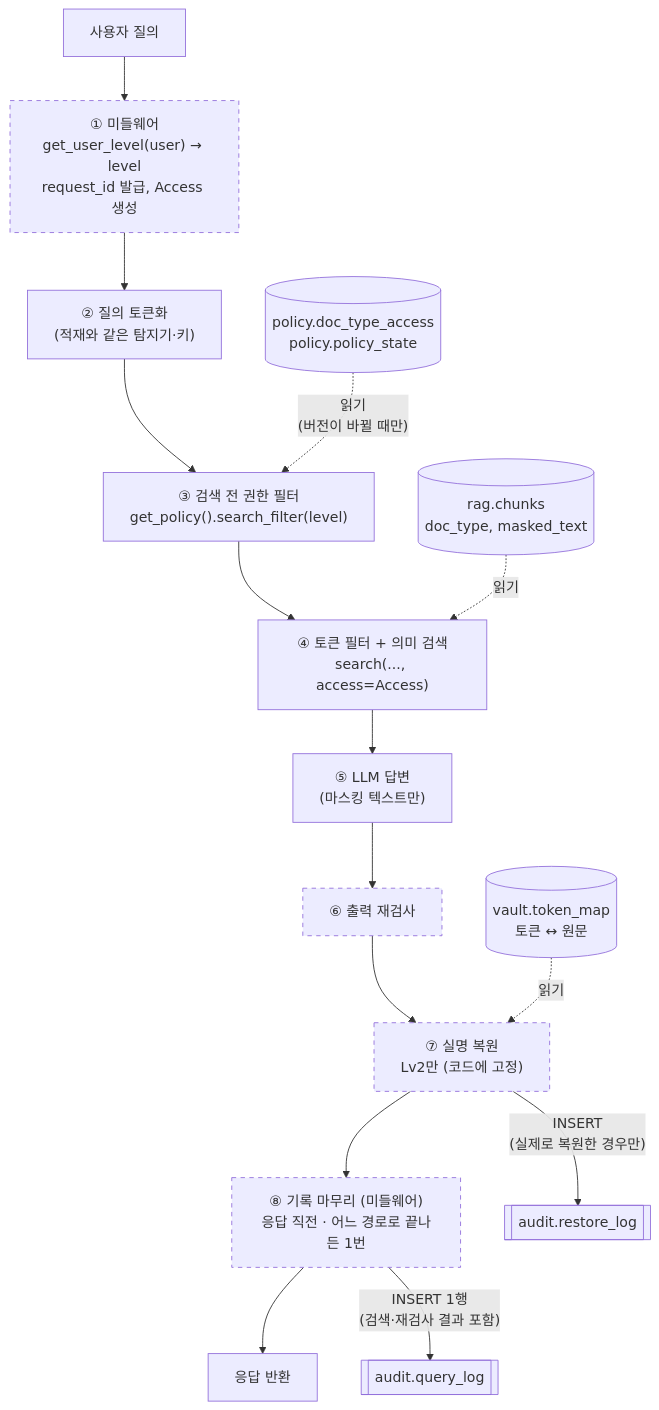
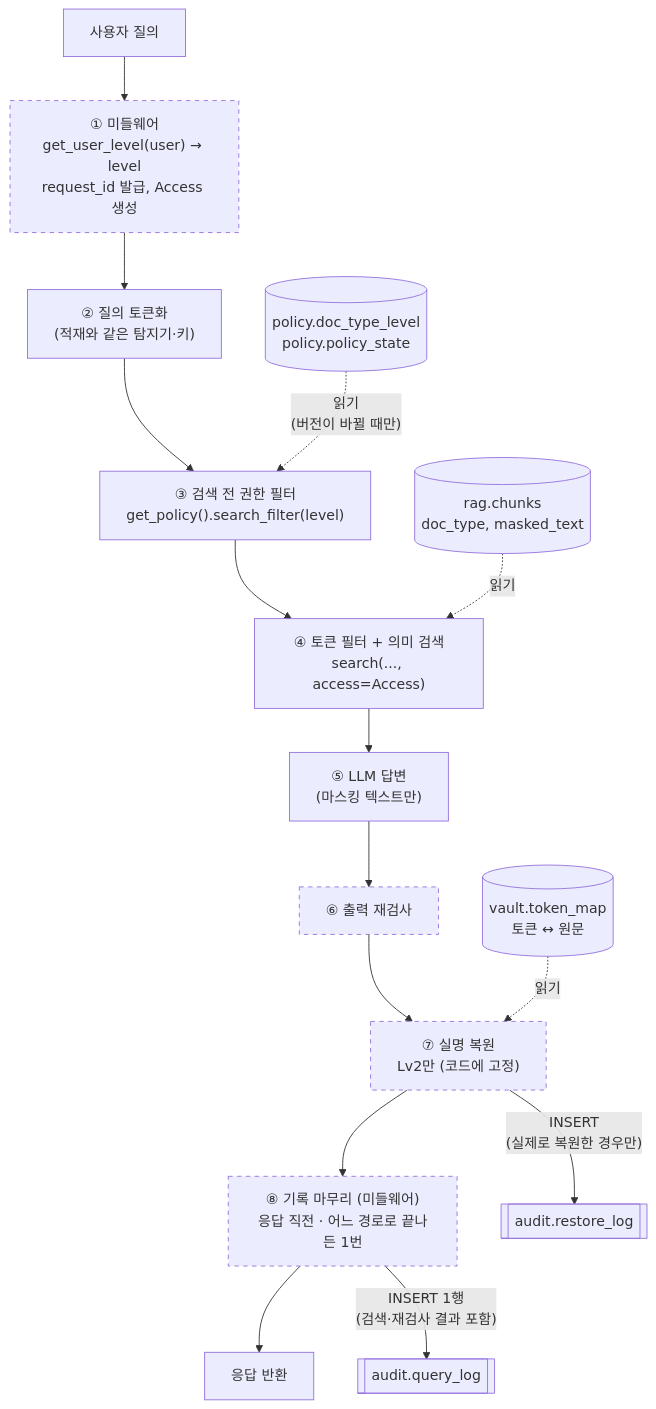
The first of 3 diagrams in docs/permission_schema.md (taewoo26/nlp_like_lion_chatbot_03), drawn with Mermaid before and after one commit. The commit also changed other lines of this file and 17 other files, not shown here.

````diff
--- a/docs/permission_schema.md
+++ b/docs/permission_schema.md
@@ -45,21 +48,21 @@
 ```mermaid
 flowchart TD
     U["사용자 질의"] --> MW["① 미들웨어<br/>get_user_level(user) → level<br/>request_id 발급, Access 생성"]
     MW --> T["② 질의 토큰화<br/>(적재와 같은 탐지기·키)"]
     T --> F["③ 검색 전 권한 필터<br/>get_policy().search_filter(level)"]
-    P[("policy.doc_type_access<br/>policy.policy_state")] -. "읽기<br/>(버전이 바뀔 때만)" .-> F
+    P[("policy.doc_type_level<br/>policy.policy_state")] -. "읽기<br/>(버전이 바뀔 때만)" .-> F
     F --> S["④ 토큰 필터 + 의미 검색<br/>search(..., access=Access)"]
     C[("rag.chunks<br/>doc_type, masked_text")] -. 읽기 .-> S
     S --> G["⑤ LLM 답변<br/>(마스킹 텍스트만)"]
     G --> R["⑥ 출력 재검사"]
     R --> X["⑦ 실명 복원<br/>Lv2만 (코드에 고정)"]
     V[("vault.token_map<br/>토큰 ↔ 원문")] -. 읽기 .-> X
     X --> W["⑧ 기록 마무리 (미들웨어)<br/>응답 직전 · 어느 경로로 끝나든 1번"]
     W --> A["응답 반환"]
 
     X -- "INSERT<br/>(실제로 복원한 경우만)" --> SL[["audit.restore_log"]]
     W -- "INSERT 1행<br/>(검색·재검사 결과 포함)" --> QL[["audit.query_log"]]
 
     classDef todo stroke-dasharray: 5 5
     class MW,R,X,W todo
 ```
````
